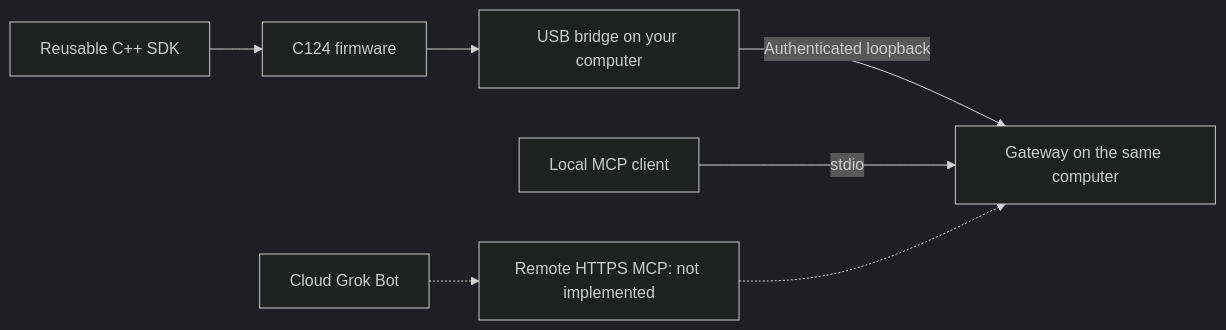
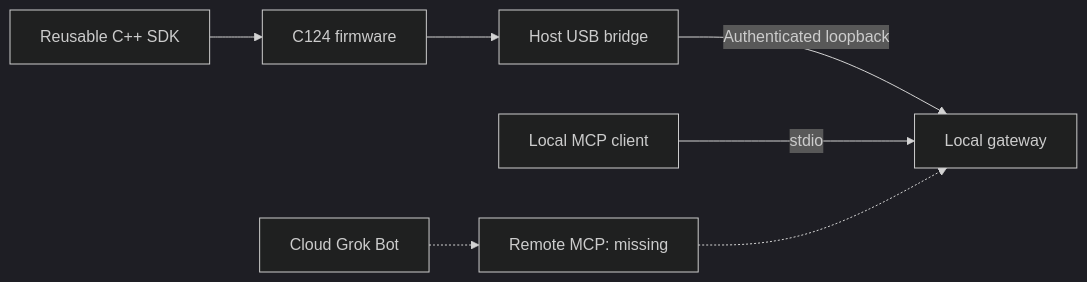
One commit to adidshaft/grok-gadgets-esp32-sdk changed the diagram in README.md. Above: the diagram before and after it, drawn with Mermaid (dark theme).

Commit message:
docs: fit hosting diagram labels (HOSTING-DOCS-ESP-001)

````diff
--- a/README.md
+++ b/README.md
@@ -11,9 +11,9 @@
 ```mermaid
 flowchart LR
     SDK["Reusable C++ SDK"] --> FW["C124 firmware"]
-    FW --> USB["USB bridge on your computer"]
-    USB -->|"Authenticated loopback"| GW["Gateway on the same computer"]
+    FW --> USB["Host USB bridge"]
+    USB -->|"Authenticated loopback"| GW["Local gateway"]
     LOCAL["Local MCP client"] -->|"stdio"| GW
-    BOT["Cloud Grok Bot"] -.-> REMOTE["Remote HTTPS MCP: not implemented"]
+    BOT["Cloud Grok Bot"] -.-> REMOTE["Remote MCP: missing"]
     REMOTE -.-> GW
 ```
````
